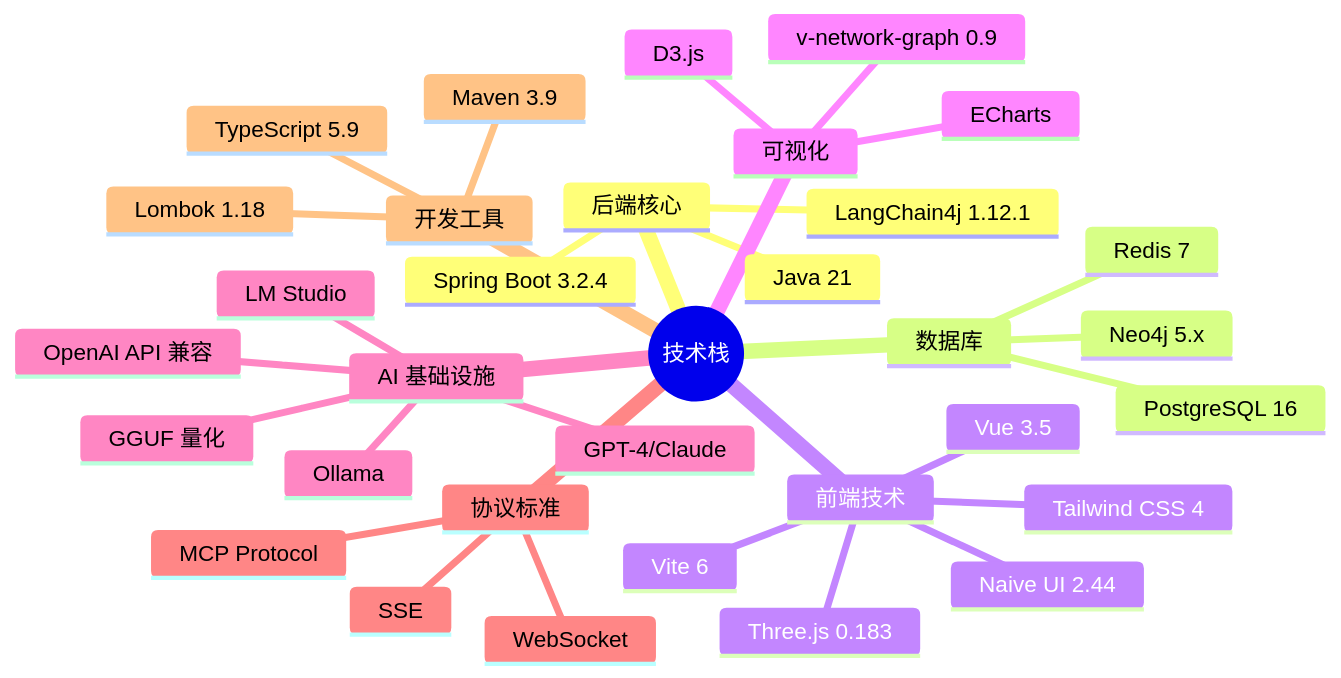
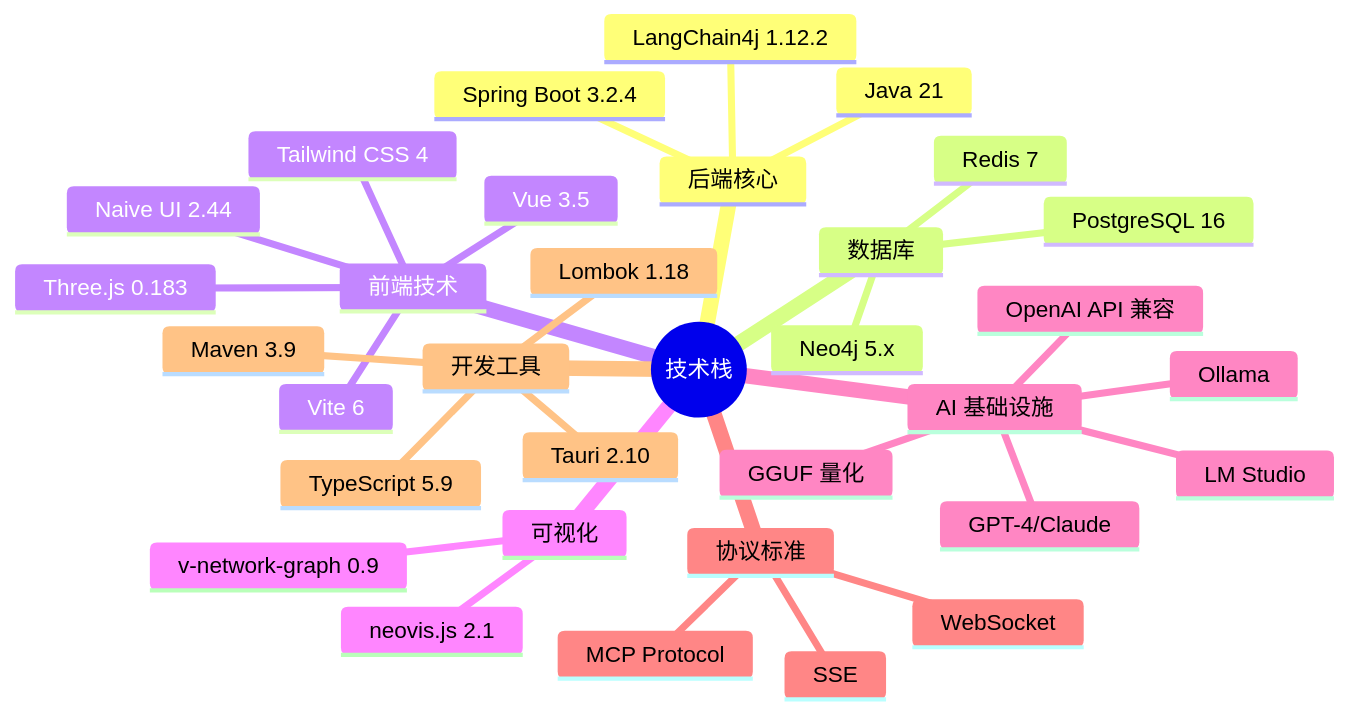
The fifth of 27 diagrams in doc/系统架构设计文档.md (SailRuo/LingShu-AI), drawn with Mermaid before and after one commit. The commit also changed other lines of this file and 2 other files, not shown here.

````diff
--- a/doc/系统架构设计文档.md
+++ b/doc/系统架构设计文档.md
@@ -233,36 +238,36 @@
 ```mermaid
 mindmap
   root((技术栈))
     后端核心
       Java 21
       Spring Boot 3.2.4
-      LangChain4j 1.12.1
+      LangChain4j 1.12.2
     数据库
       Neo4j 5.x
       PostgreSQL 16
       Redis 7
     前端技术
       Vue 3.5
       Vite 6
       Naive UI 2.44
       Tailwind CSS 4
       Three.js 0.183
     可视化
       v-network-graph 0.9
-      D3.js
-      ECharts
+      neovis.js 2.1
     AI 基础设施
       OpenAI API 兼容
       Ollama
       LM Studio
       GPT-4/Claude
       GGUF 量化
     协议标准
       MCP Protocol
       WebSocket
       SSE
     开发工具
       Maven 3.9
       TypeScript 5.9
       Lombok 1.18
+      Tauri 2.10
 ```
````
